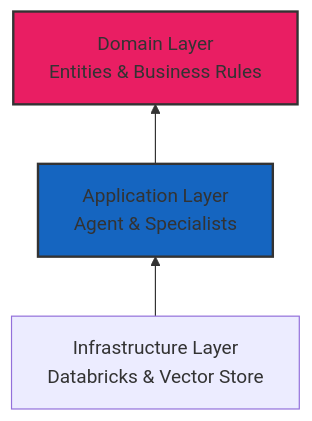
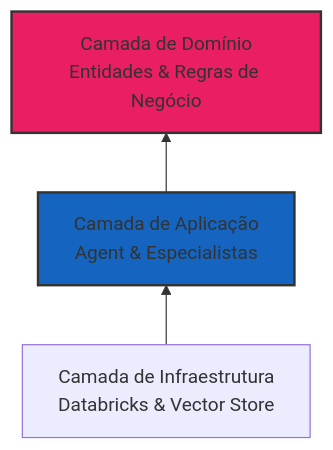
One commit to VictorCappelletto/data_agent_ia_01 changed the fourth of 11 diagrams in docs/architecture/agent-flow.md. Above: the diagram before and after it, drawn with Mermaid. The commit also changed other lines of this file and 11 other files, not shown here.

````diff
--- a/docs/architecture/agent-flow.md
+++ b/docs/architecture/agent-flow.md
@@ -78,11 +78,11 @@
 ```mermaid
 graph BT
-    A[Domain Layer<br/>Entities & Business Rules] 
-    B[Application Layer<br/>Agent & Specialists]
-    C[Infrastructure Layer<br/>Databricks & Vector Store]
+    A[Camada de Domínio<br/>Entidades & Regras de Negócio] 
+    B[Camada de Aplicação<br/>Agent & Especialistas]
+    C[Camada de Infraestrutura<br/>Databricks & Vector Store]
     
     C --> B --> A
     
     style A fill:#e91e63,stroke:#333,stroke-width:2px
     style B fill:#1565c0,stroke:#333,stroke-width:2px
 ```
````
